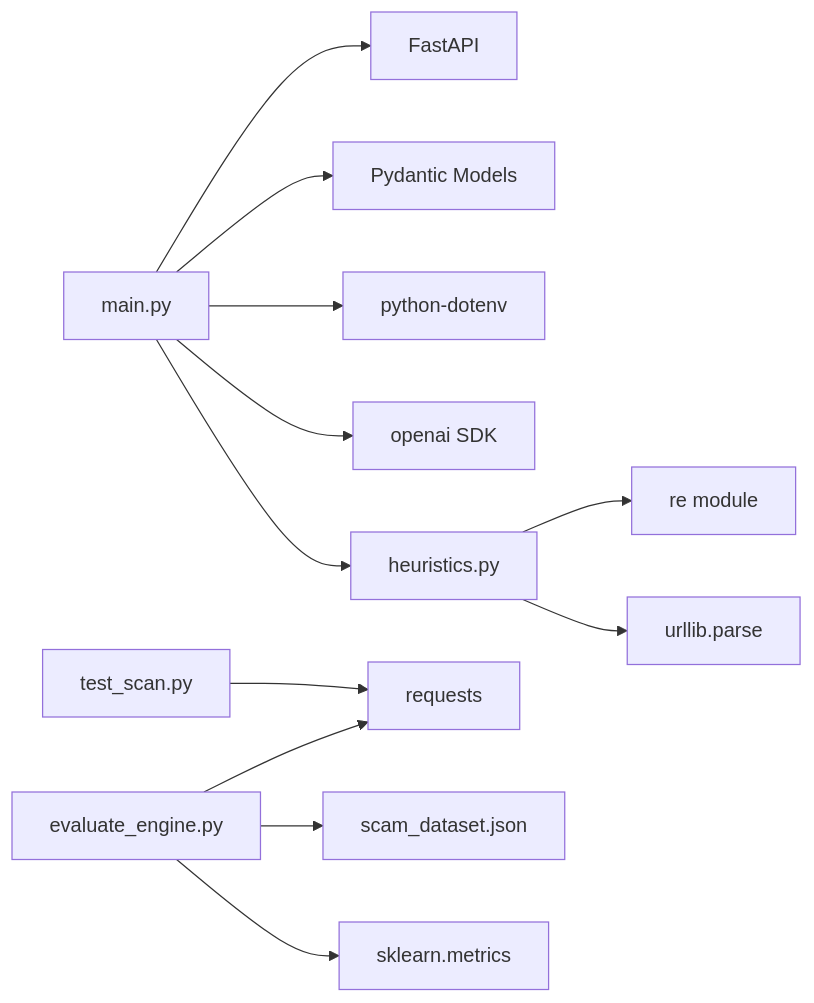
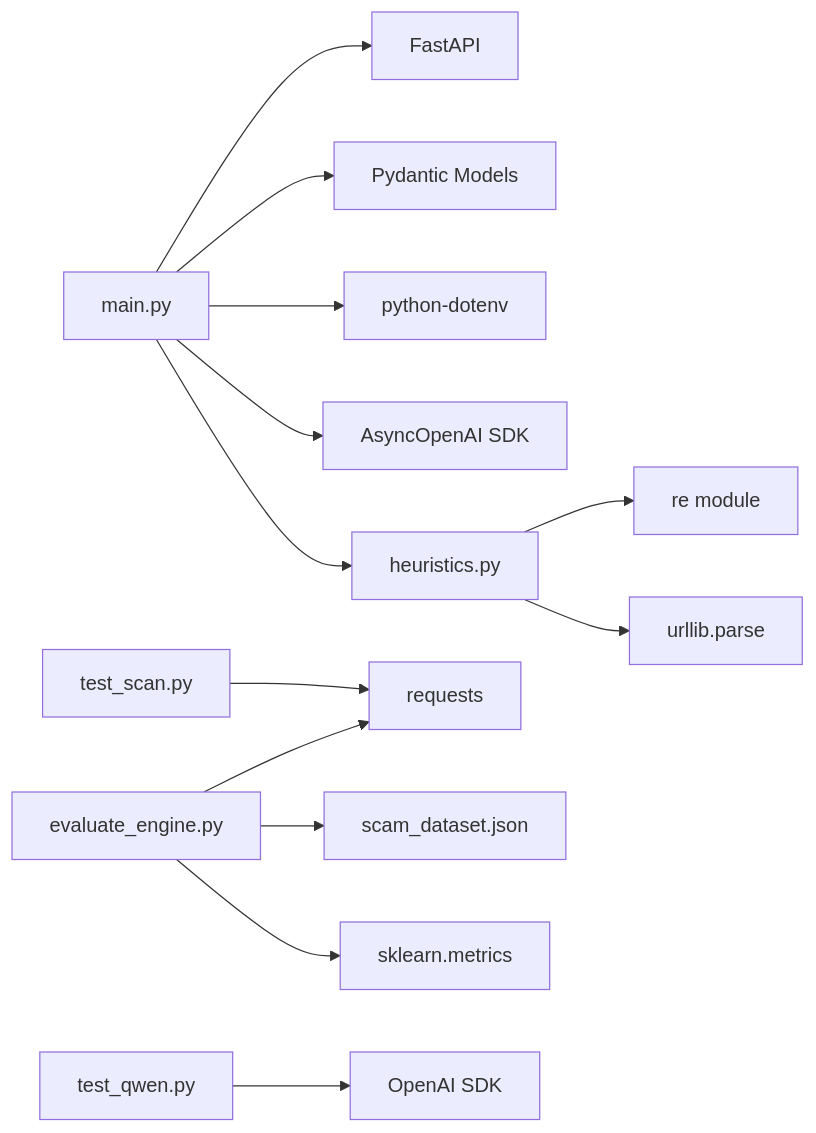
Before and after one commit to Aymanaahh/scrollguard-ai: the fifth of 5 diagrams in .qoder/repowiki/en/content/Backend API Documentation.md, drawn with Mermaid. The commit also changed other lines of this file and 18 other files, not shown here.

````diff
--- a/.qoder/repowiki/en/content/Backend API Documentation.md
+++ b/.qoder/repowiki/en/content/Backend API Documentation.md
@@ -390,14 +417,15 @@
 ```mermaid
 graph LR
 Main["main.py"] --> FastAPI["FastAPI"]
 Main --> Pydantic["Pydantic Models"]
 Main --> DotEnv["python-dotenv"]
-Main --> OpenAIClient["openai SDK"]
+Main --> AsyncOpenAI["AsyncOpenAI SDK"]
 Main --> Heuristics["heuristics.py"]
 Heuristics --> Re["re module"]
 Heuristics --> URLLib["urllib.parse"]
 Eval["evaluate_engine.py"] --> Requests["requests"]
 Eval --> Dataset["scam_dataset.json"]
 Eval --> Sklearn["sklearn.metrics"]
 TestScan["test_scan.py"] --> Requests
+TestQwen["test_qwen.py"] --> OpenAI["OpenAI SDK"]
 ```
````
